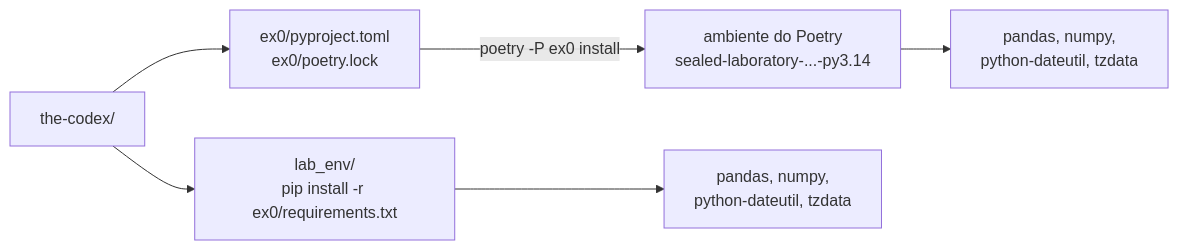
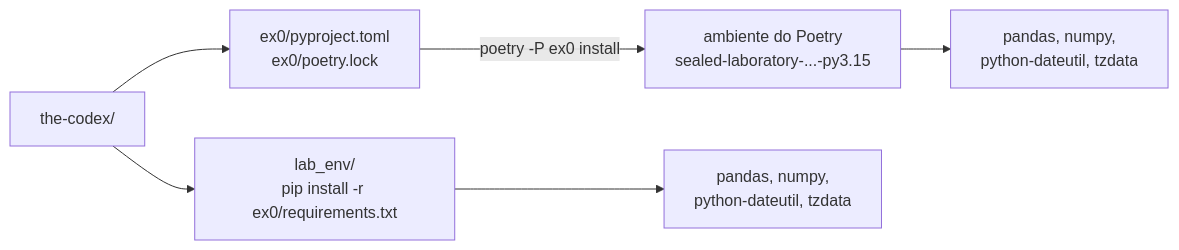
Before and after one commit to navegar-sistemas/dojo: the diagram in python/python-modulo-05-bis/tutorial/docs/02-ex0/11-instalar-com-poetry.md, drawn with Mermaid. The commit also changed other lines of this file and 76 other files, not shown here.

````diff
--- a/python/python-modulo-05-bis/tutorial/docs/02-ex0/11-instalar-com-poetry.md
+++ b/python/python-modulo-05-bis/tutorial/docs/02-ex0/11-instalar-com-poetry.md
@@ -186,8 +200,8 @@
 ```mermaid
 flowchart LR
     proj["the-codex/"] --> lab["lab_env/<br/>pip install -r ex0/requirements.txt"]
     proj --> ex0["ex0/pyproject.toml<br/>ex0/poetry.lock"]
-    ex0 -->|"poetry -P ex0 install"| penv["ambiente do Poetry<br/>sealed-laboratory-...-py3.14"]
+    ex0 -->|"poetry -P ex0 install"| penv["ambiente do Poetry<br/>sealed-laboratory-...-py3.15"]
     lab --> l1["pandas, numpy,<br/>python-dateutil, tzdata"]
     penv --> l2["pandas, numpy,<br/>python-dateutil, tzdata"]
 ```
````
